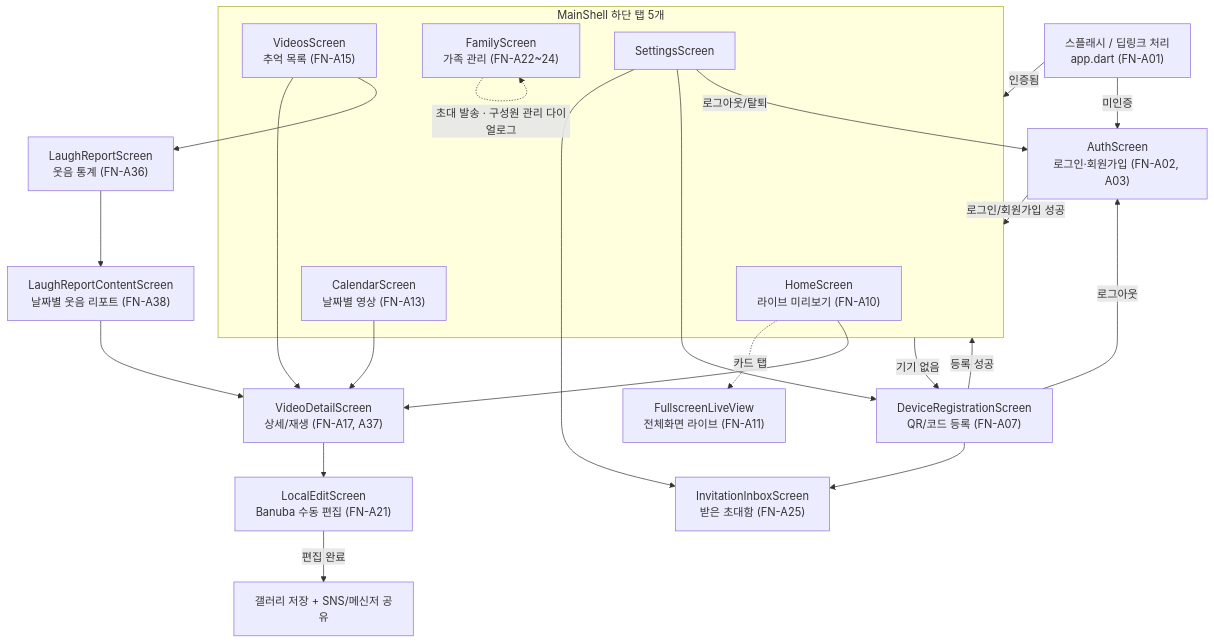
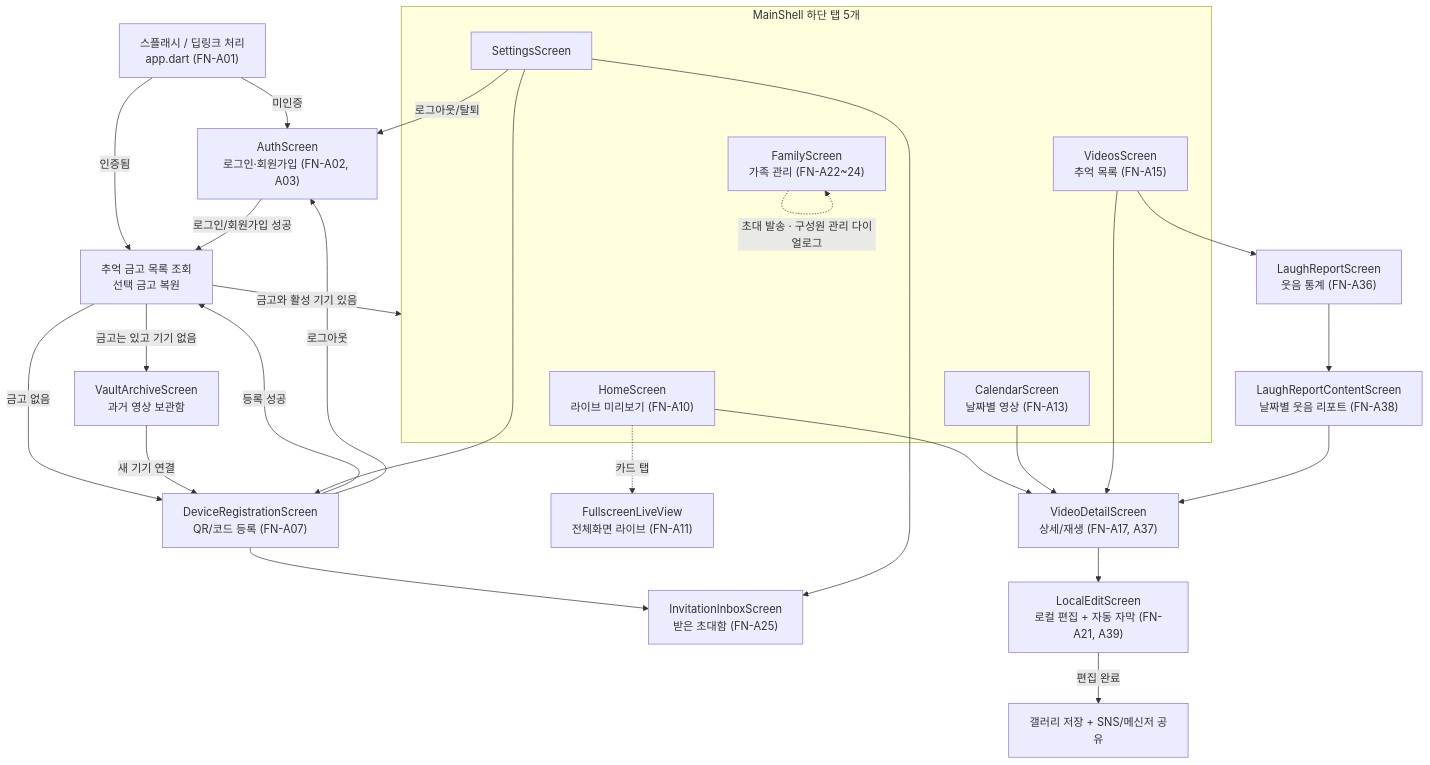
The diagram in 자료/docs/사람이 읽을 문서/03-기능명세서.md (limbs-han/Bbanggeut), drawn with Mermaid before and after one commit. The commit also changed other lines of this file and 39 other files, not shown here.

````diff
--- a/자료/docs/사람이 읽을 문서/03-기능명세서.md
+++ b/자료/docs/사람이 읽을 문서/03-기능명세서.md
@@ -17,36 +17,39 @@
 ```mermaid
 flowchart TD
     Splash["스플래시 / 딥링크 처리\napp.dart (FN-A01)"] -->|미인증| Auth["AuthScreen\n로그인·회원가입 (FN-A02, A03)"]
-    Splash -->|인증됨| Shell["MainShell (FN-A06)"]
+    Splash -->|인증됨| VaultLoad["추억 금고 목록 조회\n선택 금고 복원"]
 
-    Auth -->|로그인/회원가입 성공| Shell
-    Shell -->|기기 없음| DeviceReg["DeviceRegistrationScreen\nQR/코드 등록 (FN-A07)"]
-    DeviceReg -->|등록 성공| Shell
+    Auth -->|로그인/회원가입 성공| VaultLoad
+    VaultLoad -->|금고 없음| DeviceReg["DeviceRegistrationScreen\nQR/코드 등록 (FN-A07)"]
+    VaultLoad -->|금고와 활성 기기 있음| Shell["MainShell (FN-A06)"]
+    VaultLoad -->|금고는 있고 기기 없음| VaultArchive["VaultArchiveScreen\n과거 영상 보관함"]
+    VaultArchive -->|새 기기 연결| DeviceReg
+    DeviceReg -->|등록 성공| VaultLoad
     DeviceReg --> InvInbox["InvitationInboxScreen\n받은 초대함 (FN-A25)"]
     DeviceReg -->|로그아웃| Auth
 
     subgraph Shell["MainShell 하단 탭 5개"]
         Home["HomeScreen\n라이브 미리보기 (FN-A10)"]
         Calendar["CalendarScreen\n날짜별 영상 (FN-A13)"]
         Videos["VideosScreen\n추억 목록 (FN-A15)"]
         Family["FamilyScreen\n가족 관리 (FN-A22~24)"]
         Settings["SettingsScreen"]
     end
 
     Home -. 카드 탭 .-> FullscreenLive["FullscreenLiveView\n전체화면 라이브 (FN-A11)"]
     Home --> VideoDetail["VideoDetailScreen\n상세/재생 (FN-A17, A37)"]
     Calendar --> VideoDetail
     Videos --> VideoDetail
     Videos --> LaughReport["LaughReportScreen\n웃음 통계 (FN-A36)"]
     LaughReport --> ReportScreen["LaughReportContentScreen\n날짜별 웃음 리포트 (FN-A38)"]
     ReportScreen --> VideoDetail
 
-    VideoDetail --> LocalEdit["LocalEditScreen\nBanuba 수동 편집 (FN-A21)"]
+    VideoDetail --> LocalEdit["LocalEditScreen\n로컬 편집 + 자동 자막 (FN-A21, A39)"]
     LocalEdit -->|편집 완료| Gallery["갤러리 저장 + SNS/메신저 공유"]
 
     Settings --> InvInbox
     Settings --> DeviceReg
     Settings -->|로그아웃/탈퇴| Auth
 
     Family -.->|초대 발송 · 구성원 관리 다이얼로그| Family
 ```
````
